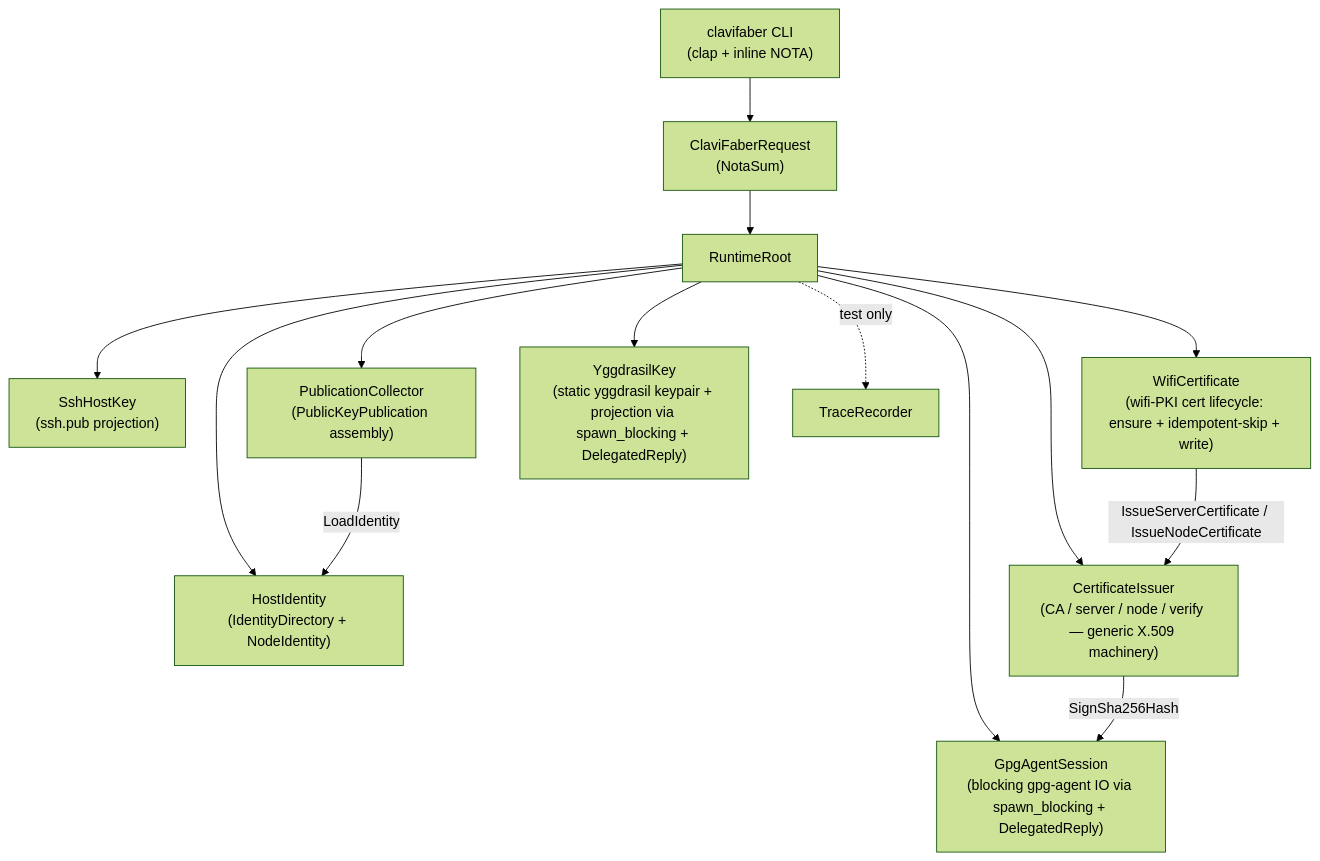
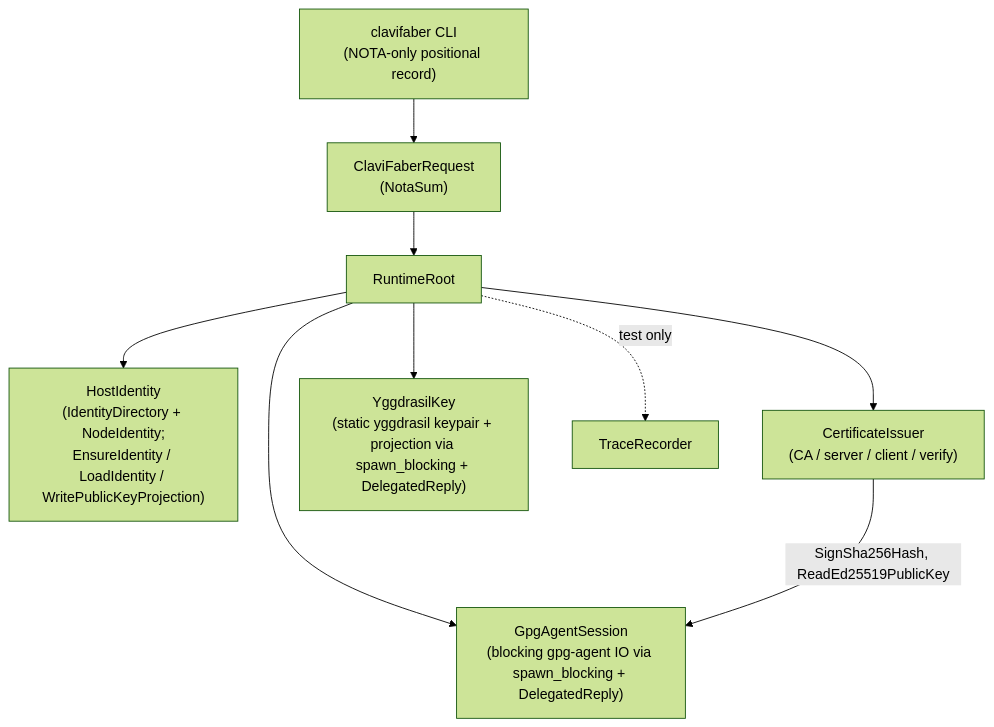
The diagram in ARCHITECTURE.md (LiGoldragon/clavifaber), drawn with Mermaid (forest theme) before and after one commit. The commit also changed other lines of this file and 27 other files, not shown here.

````diff
--- a/ARCHITECTURE.md
+++ b/ARCHITECTURE.md
@@ -13,17 +51,12 @@
 ```mermaid
 flowchart TB
-    cli["clavifaber CLI<br/>(clap + inline NOTA)"] --> request["ClaviFaberRequest<br/>(NotaSum)"]
+    cli["clavifaber CLI<br/>(NOTA-only positional record)"] --> request["ClaviFaberRequest<br/>(NotaSum)"]
     request --> root["RuntimeRoot"]
-    root --> host_identity["HostIdentity<br/>(IdentityDirectory + NodeIdentity)"]
-    root --> ssh_host_key["SshHostKey<br/>(ssh.pub projection)"]
-    root --> publication_collector["PublicationCollector<br/>(PublicKeyPublication assembly)"]
-    root --> certificate_issuer["CertificateIssuer<br/>(CA / server / node / verify — generic X.509 machinery)"]
-    root --> wifi_certificate["WifiCertificate<br/>(wifi-PKI cert lifecycle: ensure + idempotent-skip + write)"]
+    root --> host_identity["HostIdentity<br/>(IdentityDirectory + NodeIdentity;<br/>EnsureIdentity / LoadIdentity / WritePublicKeyProjection)"]
+    root --> certificate_issuer["CertificateIssuer<br/>(CA / server / client / verify)"]
     root --> gpg_agent_session["GpgAgentSession<br/>(blocking gpg-agent IO via spawn_blocking + DelegatedReply)"]
     root --> yggdrasil_key["YggdrasilKey<br/>(static yggdrasil keypair + projection via spawn_blocking + DelegatedReply)"]
     root -. test only .-> trace_recorder["TraceRecorder"]
 
-    publication_collector -->|LoadIdentity| host_identity
-    certificate_issuer -->|SignSha256Hash| gpg_agent_session
-    wifi_certificate -->|IssueServerCertificate / IssueNodeCertificate| certificate_issuer
+    certificate_issuer -->|SignSha256Hash, ReadEd25519PublicKey| gpg_agent_session
 ```
````
